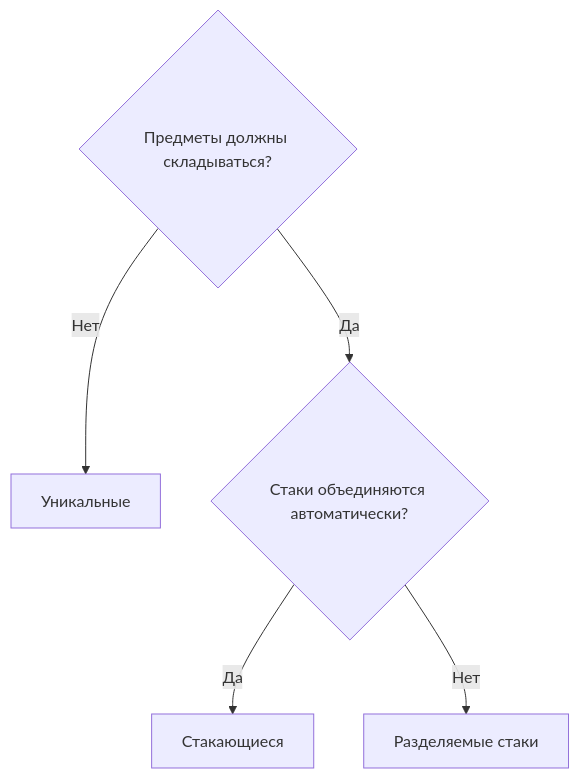
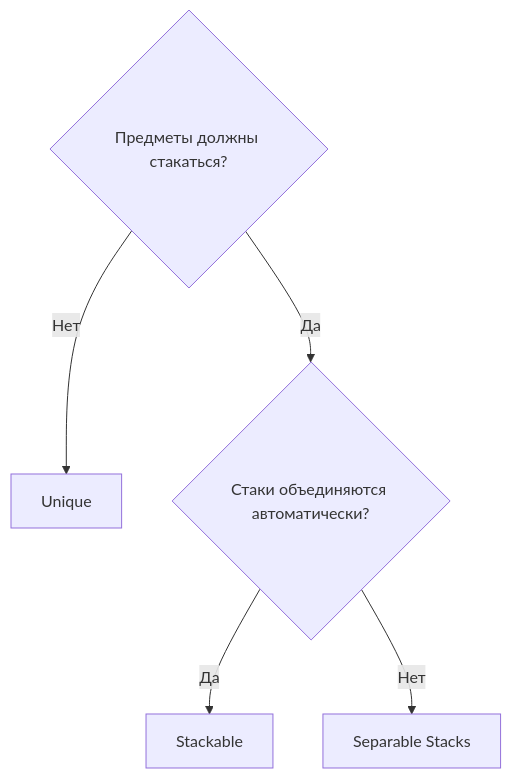
One commit to SergeevSergey99/DragAndDropSystem-Docs changed the first of 4 diagrams in .docs/content/architecture/strategies.ru.md. Above: the diagram before and after it, drawn with Mermaid. The commit also changed other lines of this file and 15 other files, not shown here.

````diff
--- a/.docs/content/architecture/strategies.ru.md
+++ b/.docs/content/architecture/strategies.ru.md
@@ -19,8 +25,8 @@
 ```mermaid
 flowchart TD
-    Q1{"Предметы должны складываться?"}
-    Q1 -->|Нет| UNI["Уникальные"]
+    Q1{"Предметы должны стакаться?"}
+    Q1 -->|Нет| UNI["Unique"]
     Q1 -->|Да| Q2{"Стаки объединяются автоматически?"}
-    Q2 -->|Да| STK["Стакающиеся"]
-    Q2 -->|Нет| SEP["Разделяемые стаки"]
+    Q2 -->|Да| STK["Stackable"]
+    Q2 -->|Нет| SEP["Separable Stacks"]
 ```
````
